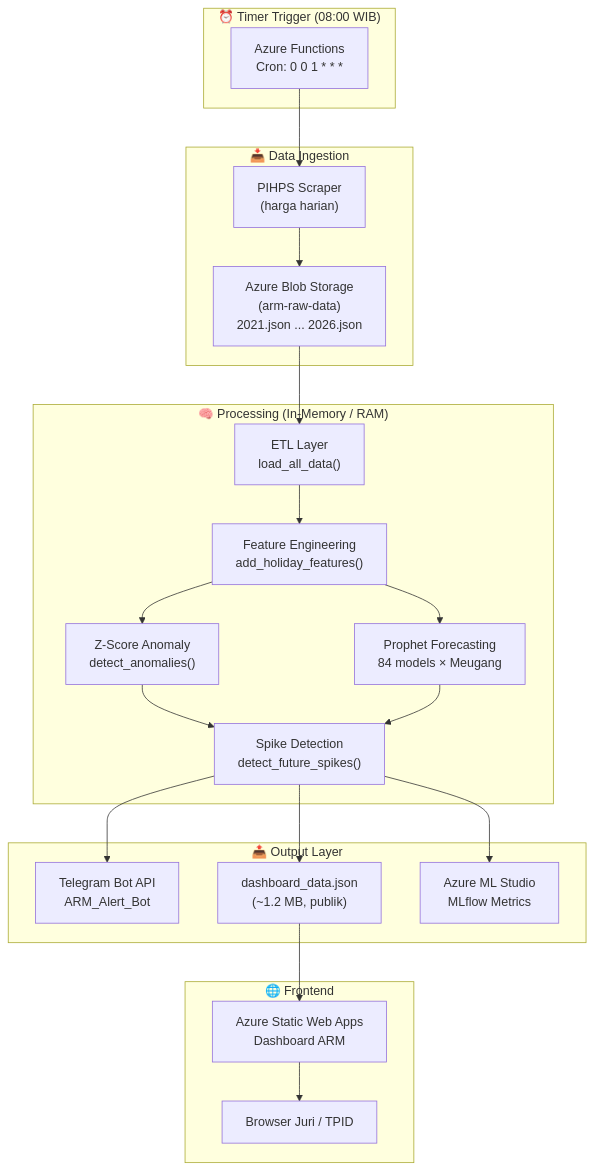
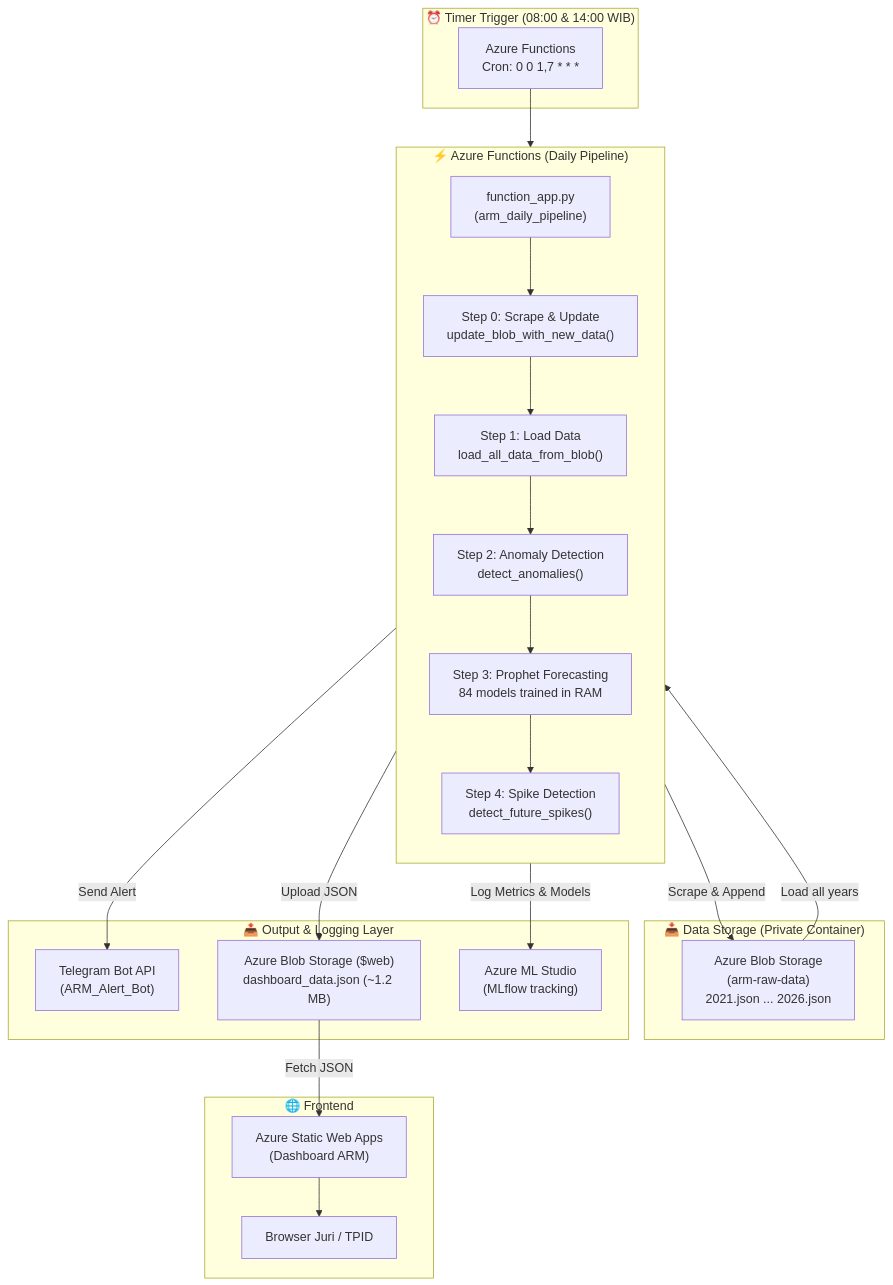
Before and after one commit to aceh-resilience-monitor/Aceh-Resilience-Monitor: the diagram in docs/azure_architecture.md, drawn with Mermaid. The commit also changed other lines of this file and 52 other files, not shown here.

Commit message:
feat: enrich eda notebook storytelling, update meugang holiday dates, and secure credentials in makefile

````diff
--- a/docs/azure_architecture.md
+++ b/docs/azure_architecture.md
@@ -20,44 +20,46 @@
 ```mermaid
 flowchart TB
-    subgraph TRIGGER ["⏰ Timer Trigger (08:00 WIB)"]
-        T1["Azure Functions<br/>Cron: 0 0 1 * * *"]
+    subgraph TRIGGER ["⏰ Timer Trigger (08:00 & 14:00 WIB)"]
+        T1["Azure Functions<br/>Cron: 0 0 1,7 * * *"]
     end
 
-    subgraph INGESTION ["📥 Data Ingestion"]
-        S1["PIHPS Scraper<br/>(harga harian)"]
+    subgraph SERVERLESS ["⚡ Azure Functions (Daily Pipeline)"]
+        direction TB
+        F_APP["function_app.py<br/>(arm_daily_pipeline)"]
+        S0["Step 0: Scrape & Update<br/>update_blob_with_new_data()"]
+        S1["Step 1: Load Data<br/>load_all_data_from_blob()"]
+        S2["Step 2: Anomaly Detection<br/>detect_anomalies()"]
+        S3["Step 3: Prophet Forecasting<br/>84 models trained in RAM"]
+        S4["Step 4: Spike Detection<br/>detect_future_spikes()"]
+        
+        F_APP --> S0
+        S0 --> S1
+        S1 --> S2
+        S2 --> S3
+        S3 --> S4
+    end
+
+    subgraph INGESTION ["📥 Data Storage (Private Container)"]
         B1["Azure Blob Storage<br/>(arm-raw-data)<br/>2021.json ... 2026.json"]
     end
 
-    subgraph PROCESSING ["🧠 Processing (In-Memory / RAM)"]
-        E1["ETL Layer<br/>load_all_data()"]
-        FE["Feature Engineering<br/>add_holiday_features()"]
-        A1["Z-Score Anomaly<br/>detect_anomalies()"]
-        F1["Prophet Forecasting<br/>84 models × Meugang"]
-        SP["Spike Detection<br/>detect_future_spikes()"]
-    end
-
-    subgraph OUTPUT ["📤 Output Layer"]
-        TG["Telegram Bot API<br/>ARM_Alert_Bot"]
-        DB["dashboard_data.json<br/>(~1.2 MB, publik)"]
-        ML["Azure ML Studio<br/>MLflow Metrics"]
+    subgraph OUTPUT ["📤 Output & Logging Layer"]
+        TG["Telegram Bot API<br/>(ARM_Alert_Bot)"]
+        B2["Azure Blob Storage ($web)<br/>dashboard_data.json (~1.2 MB)"]
+        ML["Azure ML Studio<br/>(MLflow tracking)"]
     end
 
     subgraph FRONTEND ["🌐 Frontend"]
-        WEB["Azure Static Web Apps<br/>Dashboard ARM"]
+        WEB["Azure Static Web Apps<br/>(Dashboard ARM)"]
         USER["Browser Juri / TPID"]
     end
 
-    T1 --> S1
-    S1 --> B1
-    B1 --> E1
-    E1 --> FE
-    FE --> A1
-    FE --> F1
-    A1 --> SP
-    F1 --> SP
-    SP --> TG
-    SP --> DB
-    SP --> ML
-    DB --> WEB
+    T1 --> F_APP
+    S0 --> |"Scrape & Append"| B1
+    B1 --> |"Load all years"| S1
+    S4 --> |"Send Alert"| TG
+    S4 --> |"Upload JSON"| B2
+    S4 --> |"Log Metrics & Models"| ML
+    B2 --> |"Fetch JSON"| WEB
     WEB --> USER
 ```
````
